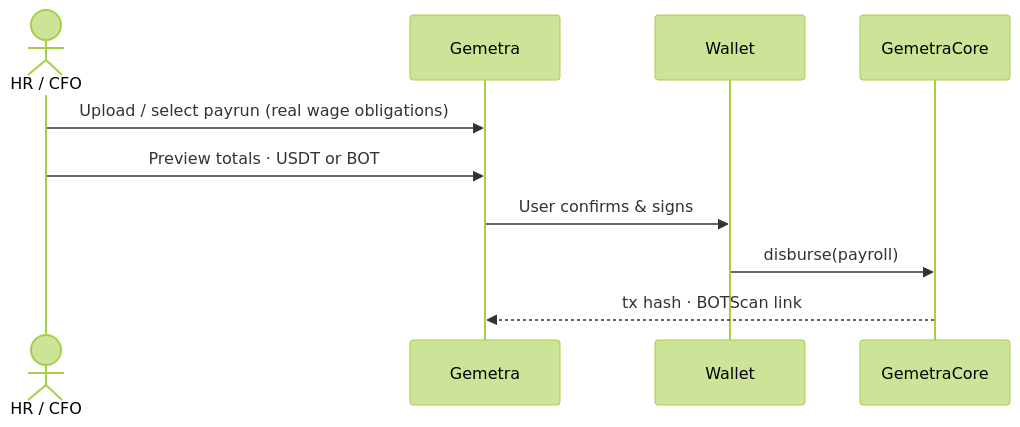
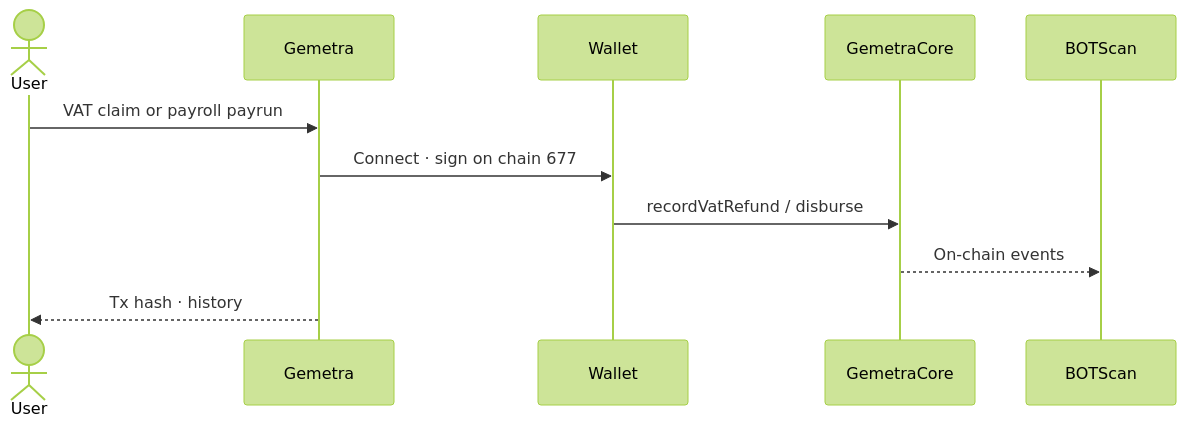
The second of 2 diagrams in README.md (AmaanSayyad/Gemetra-BotChain), drawn with Mermaid (forest theme) before and after one commit. The commit also changed other lines of this file, not shown here.

````diff
--- a/README.md
+++ b/README.md
@@ -159,13 +80,14 @@
 ```mermaid
 sequenceDiagram
-  actor HR as HR / CFO
-  participant UI as Gemetra
+  actor User
+  participant App as Gemetra
   participant W as Wallet
   participant C as GemetraCore
+  participant X as BOTScan
 
-  HR->>UI: Upload / select payrun (real wage obligations)
-  HR->>UI: Preview totals · USDT or BOT
-  UI->>W: User confirms & signs
-  W->>C: disburse(payroll)
-  C-->>UI: tx hash · BOTScan link
+  User->>App: VAT claim or payroll payrun
+  App->>W: Connect · sign on chain 677
+  W->>C: recordVatRefund / disburse
+  C-->>X: On-chain events
+  App-->>User: Tx hash · history
 ```
````
